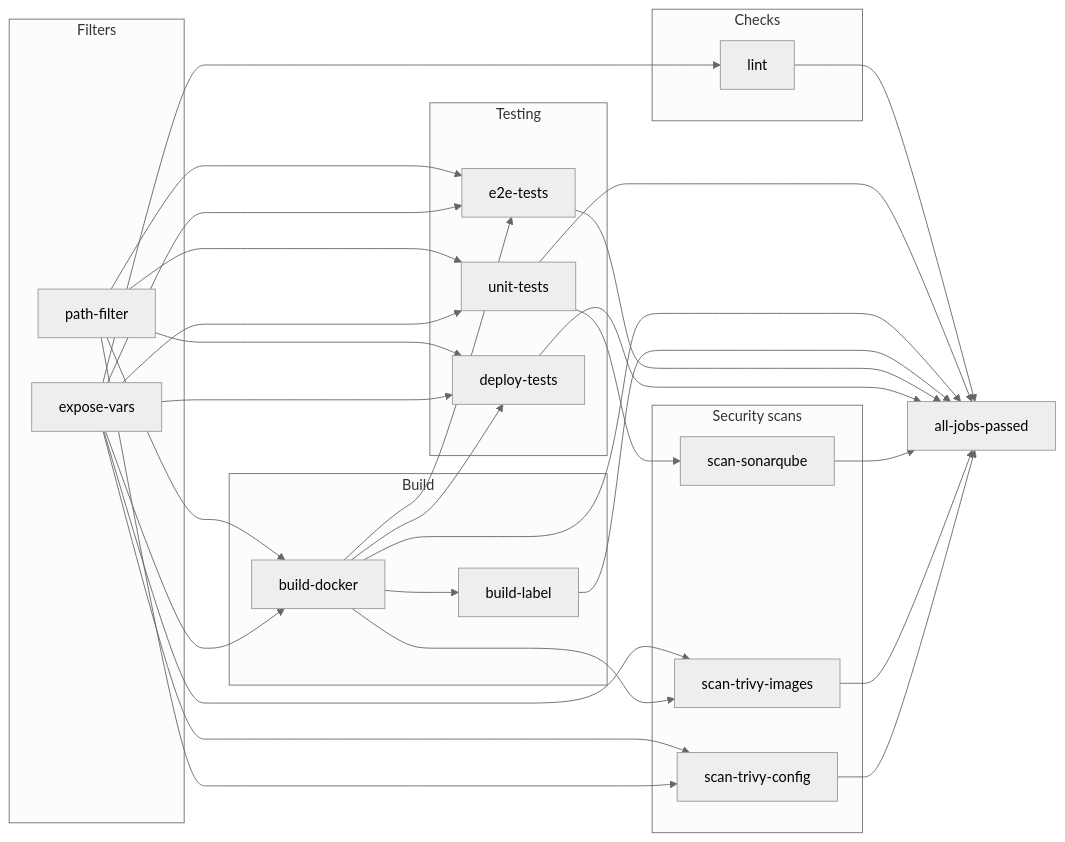
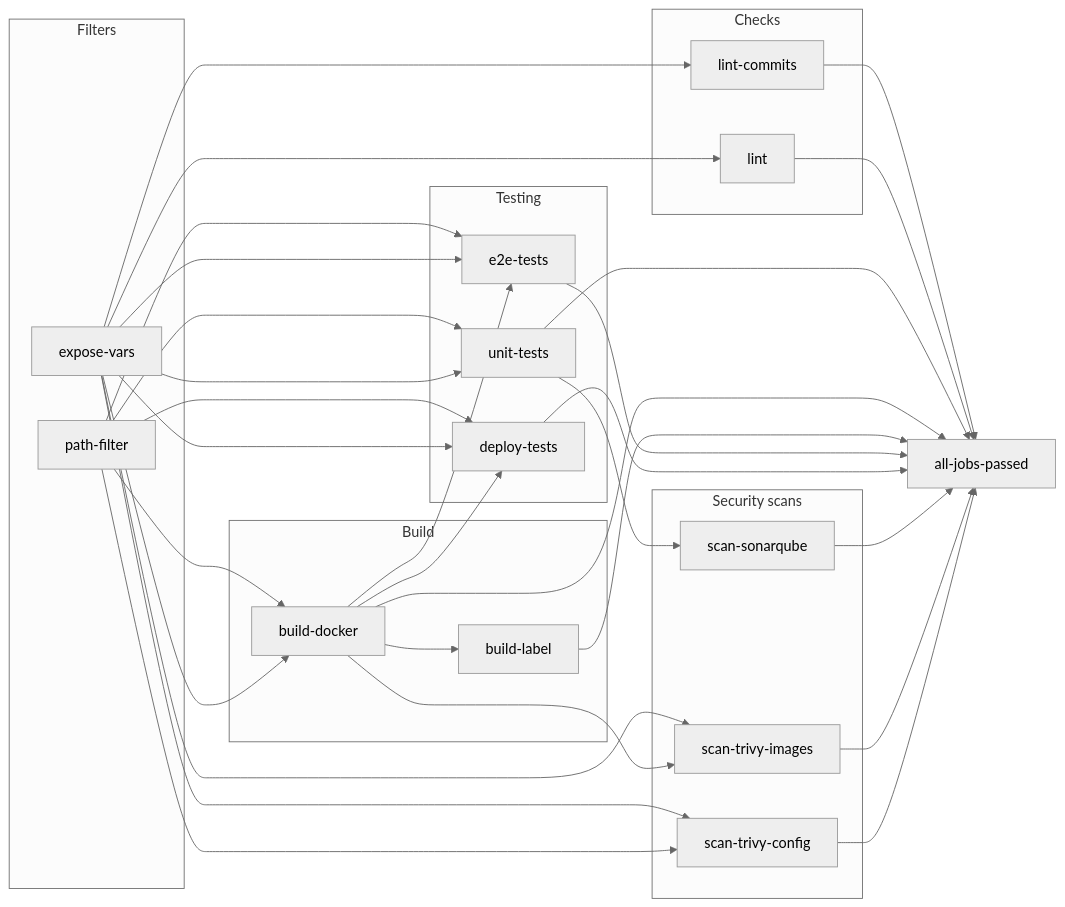
The third of 4 diagrams in docs/05-infrastructure.md (this-is-tobi/template-monorepo-ts), drawn with Mermaid (neutral theme) before and after one commit. The commit also changed other lines of this file and 1 other file, not shown here.

Commit message:
ci: add conventional commits check

````diff
--- a/docs/05-infrastructure.md
+++ b/docs/05-infrastructure.md
@@ -143,42 +143,44 @@
 ```mermaid
 flowchart LR
   subgraph filters["Filters"]
     path-filter["path-filter"]
     expose-vars["expose-vars"]
   end
 
   subgraph checks["Checks"]
+    lint-commits["lint-commits"]
     lint
   end
 
   subgraph build["Build"]
     build-docker
     build-label
   end
 
   subgraph testing["Testing"]
     unit-tests
     e2e-tests
     deploy-tests
   end
 
   subgraph scans["Security scans"]
     scan-sonarqube
     scan-trivy-images
     scan-trivy-config
   end
 
   expose-vars --> lint
+  expose-vars --> lint-commits
   path-filter & expose-vars --> unit-tests
   path-filter & expose-vars --> build-docker
   build-docker --> build-label
 
   unit-tests --> scan-sonarqube
   expose-vars & build-docker --> scan-trivy-images
   expose-vars & path-filter --> scan-trivy-config
 
   path-filter & expose-vars & build-docker --> e2e-tests
   path-filter & expose-vars & build-docker --> deploy-tests
 
-  lint & unit-tests & build-docker & build-label & e2e-tests & deploy-tests & scan-sonarqube & scan-trivy-images & scan-trivy-config --> all-jobs-passed["all-jobs-passed"]
+  lint-commits & lint & unit-tests & build-docker & build-label & e2e-tests & deploy-tests & scan-sonarqube & scan-trivy-images & scan-trivy-config --> all-jobs-passed["all-jobs-passed"]
 ```
````
